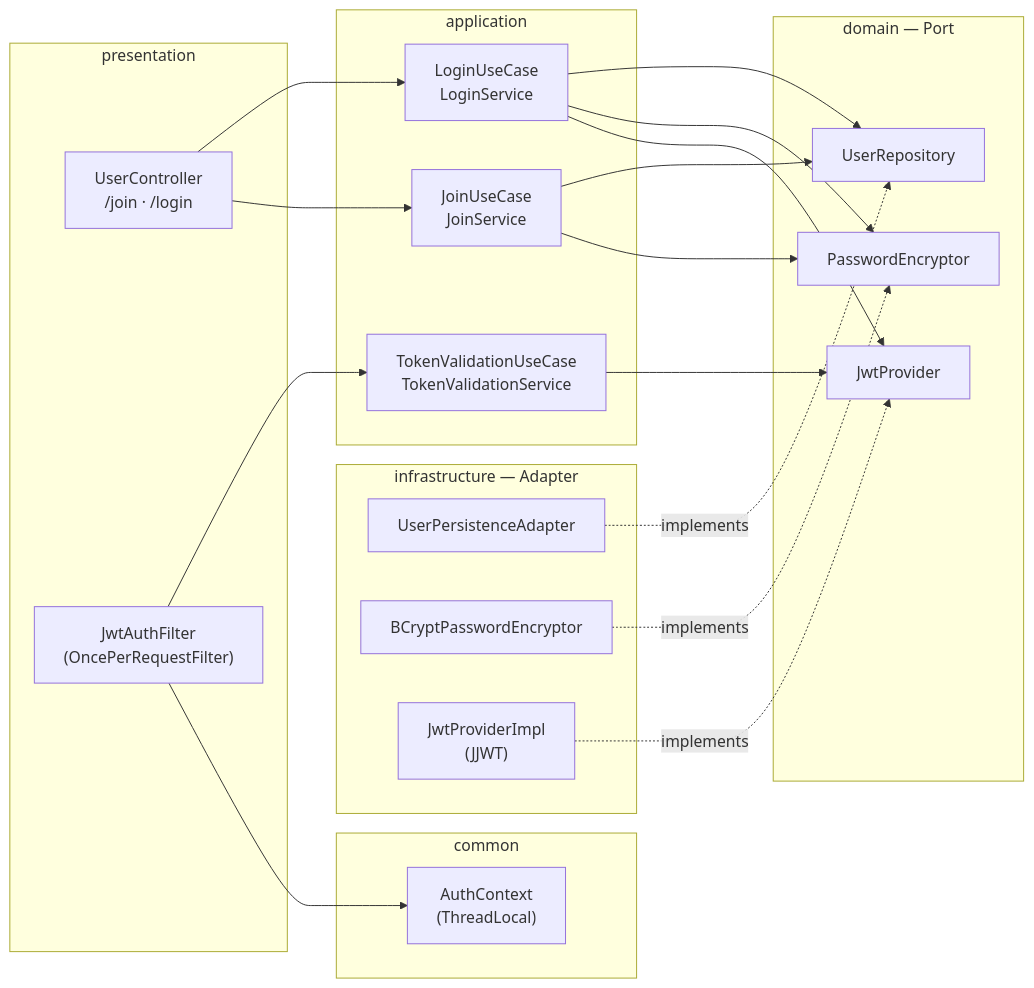
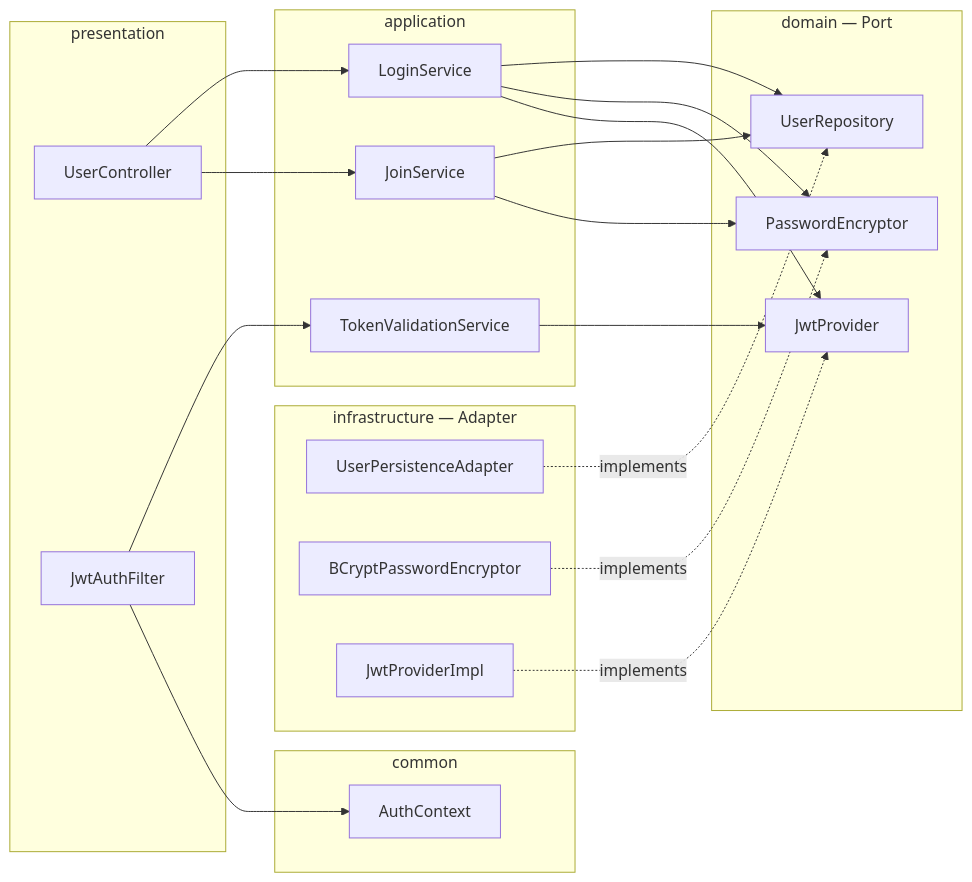
The first of 4 diagrams in docs/auth/AUTH.md (GoToOOP2/OOP), drawn with Mermaid before and after one commit. The commit also changed other lines of this file and 13 other files, not shown here.

Commit message:
TEST: login, join 테스트 코드 작성

````diff
--- a/docs/auth/AUTH.md
+++ b/docs/auth/AUTH.md
@@ -24,41 +24,41 @@
 ```mermaid
 flowchart LR
     subgraph presentation
-        UC["UserController\n/join · /login"]
-        F["JwtAuthFilter\n(OncePerRequestFilter)"]
+        UC["UserController"]
+        F["JwtAuthFilter"]
     end
 
     subgraph application
-        JU["JoinUseCase\nJoinService"]
-        LU["LoginUseCase\nLoginService"]
-        TV["TokenValidationUseCase\nTokenValidationService"]
+        JU["JoinService"]
+        LU["LoginService"]
+        TV["TokenValidationService"]
     end
 
     subgraph domain["domain — Port"]
         UR["UserRepository"]
         PE["PasswordEncryptor"]
         JP["JwtProvider"]
     end
 
     subgraph infrastructure["infrastructure — Adapter"]
         UPA["UserPersistenceAdapter"]
         BCE["BCryptPasswordEncryptor"]
-        JPI["JwtProviderImpl\n(JJWT)"]
+        JPI["JwtProviderImpl"]
     end
 
     subgraph common
-        AC["AuthContext\n(ThreadLocal)"]
+        AC["AuthContext"]
     end
 
     UC --> LU & JU
     F  --> TV
     F  --> AC
 
     LU --> UR & PE & JP
     JU --> UR & PE
     TV --> JP
 
     UPA -. implements .-> UR
     BCE -. implements .-> PE
     JPI -. implements .-> JP
 ```
````
